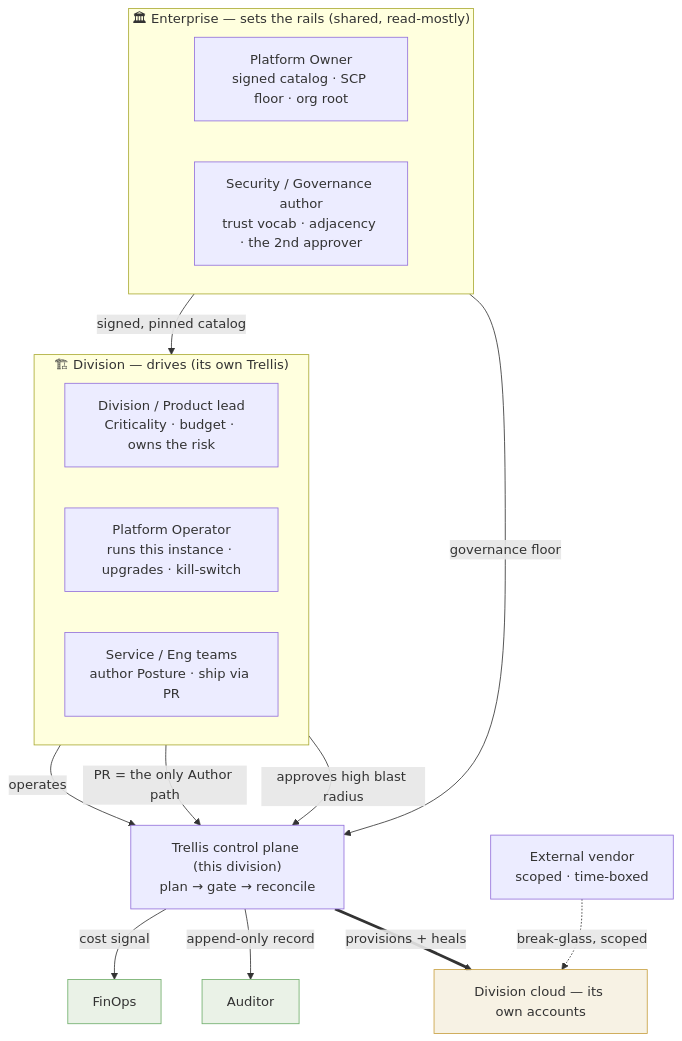
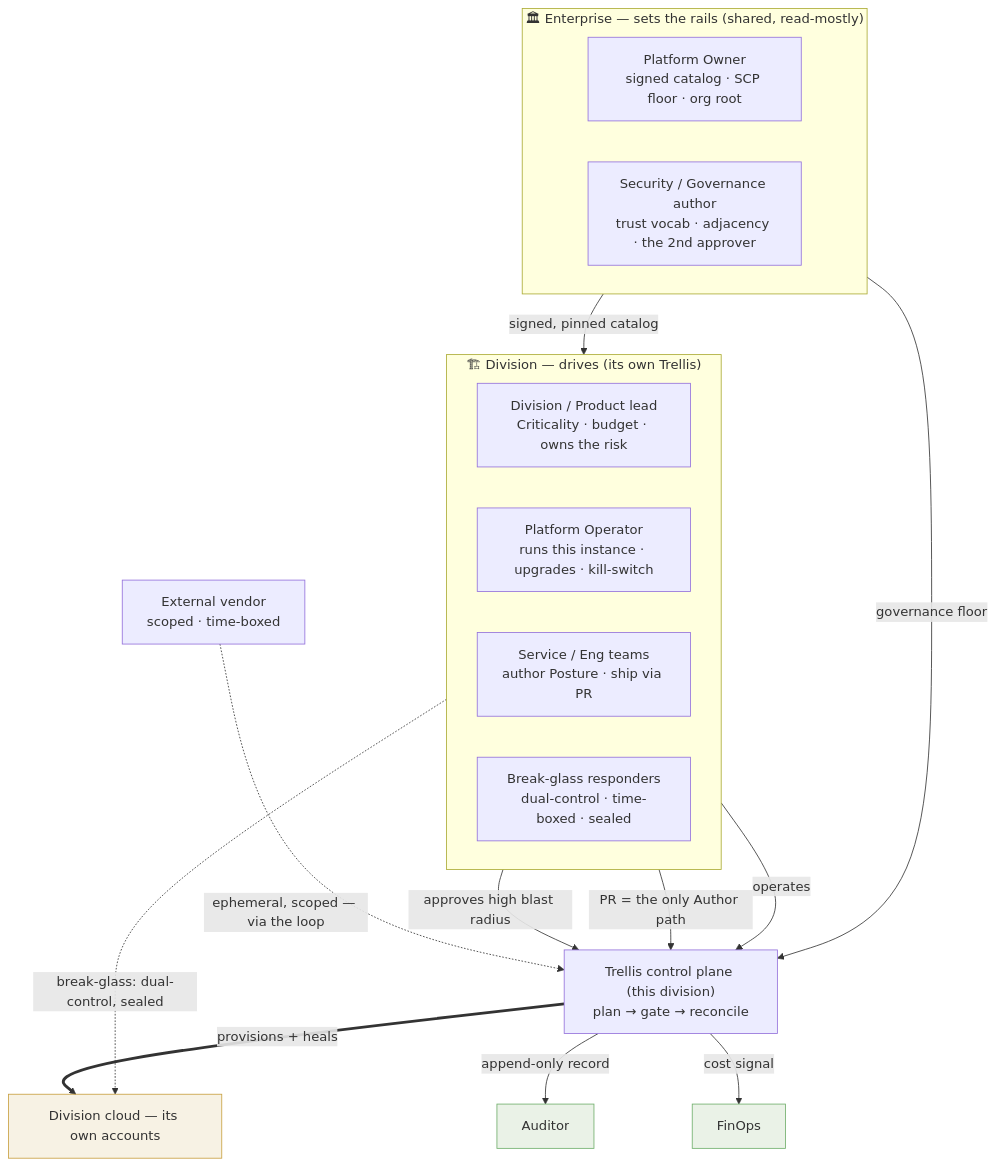
One commit to Hakkiki/trellis changed the first of 9 diagrams in app/src/content/docs/docs/roles.md. Above: the diagram before and after it, drawn with Mermaid. The commit also changed other lines of this file and 6 other files, not shown here.

````diff
--- a/app/src/content/docs/docs/roles.md
+++ b/app/src/content/docs/docs/roles.md
@@ -19,35 +19,37 @@
 ```mermaid
 flowchart TB
   subgraph ENT["🏛 Enterprise — sets the rails (shared, read-mostly)"]
     direction LR
     PO["Platform Owner<br/>signed catalog · SCP floor · org root"]
     SEC["Security / Governance author<br/>trust vocab · adjacency · the 2nd approver"]
   end
 
   subgraph DIV["🏗 Division — drives (its own Trellis)"]
     direction LR
     LEAD["Division / Product lead<br/>Criticality · budget · owns the risk"]
     OPS["Platform Operator<br/>runs this instance · upgrades · kill-switch"]
     ENG["Service / Eng teams<br/>author Posture · ship via PR"]
+    BG["Break-glass responders<br/>dual-control · time-boxed · sealed"]
   end
 
   CP["Trellis control plane (this division)<br/>plan → gate → reconcile"]
   CLOUD["Division cloud — its own accounts"]
   AUD["Auditor"]:::read
   FIN["FinOps"]:::read
   VEN["External vendor<br/>scoped · time-boxed"]
 
   PO -->|signed, pinned catalog| OPS
   SEC -->|governance floor| CP
   LEAD -->|approves high blast radius| CP
   ENG -->|PR = the only Author path| CP
   OPS -->|operates| CP
   CP ==>|provisions + heals| CLOUD
-  VEN -.->|break-glass, scoped| CLOUD
+  BG -.->|"break-glass: dual-control, sealed"| CLOUD
+  VEN -.->|ephemeral, scoped — via the loop| CP
   CP -->|append-only record| AUD
   CP -->|cost signal| FIN
 
   classDef read fill:#7fb06929,stroke:#6fae6a;
   classDef cloud fill:#c8a04024,stroke:#c8a040;
   class CLOUD cloud;
 ```
````
